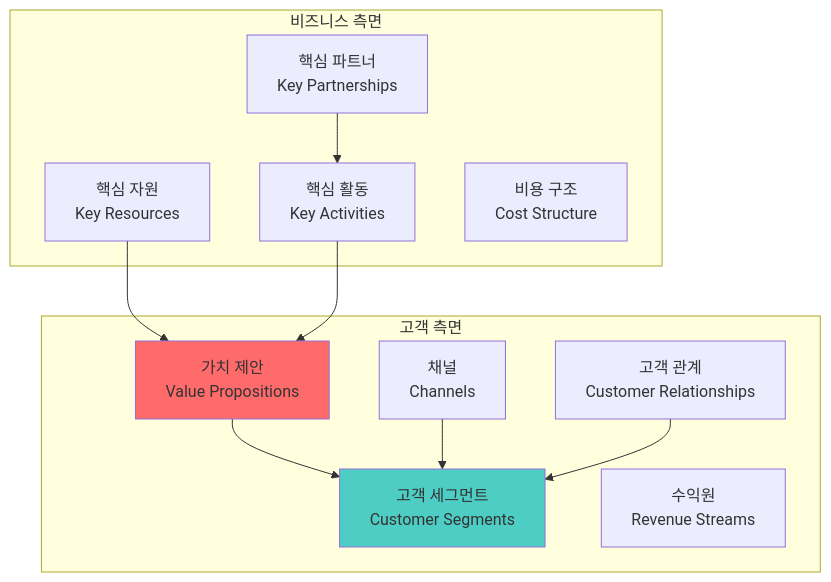
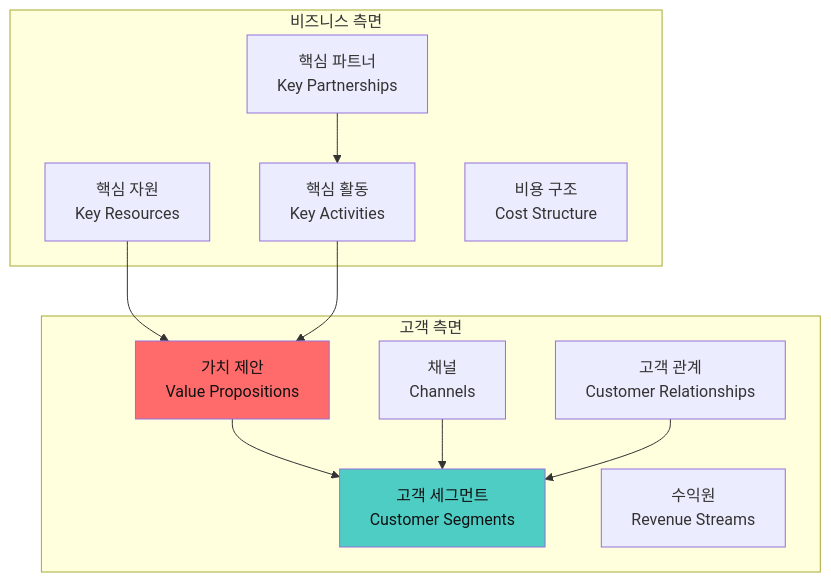
One commit to Collegenie-X/AI-Vive-Coding changed the eighth of 31 diagrams in Docs/AI교육_가상환경_비즈니스_중심_프로그램.md. Above: the diagram before and after it, drawn with Mermaid. The commit also changed other lines of this file, not shown here.

````diff
--- a/Docs/AI교육_가상환경_비즈니스_중심_프로그램.md
+++ b/Docs/AI교육_가상환경_비즈니스_중심_프로그램.md
@@ -268,27 +268,27 @@
 ```mermaid
 graph TD
     subgraph "고객 측면"
         CS[고객 세그먼트<br/>Customer Segments]
         VP[가치 제안<br/>Value Propositions]
         CH[채널<br/>Channels]
         CR[고객 관계<br/>Customer Relationships]
         RS[수익원<br/>Revenue Streams]
     end
     
     subgraph "비즈니스 측면"
         KR[핵심 자원<br/>Key Resources]
         KA[핵심 활동<br/>Key Activities]
         KP[핵심 파트너<br/>Key Partnerships]
         CS2[비용 구조<br/>Cost Structure]
     end
     
     VP --> CS
     CH --> CS
     CR --> CS
     KR --> VP
     KA --> VP
     KP --> KA
     
-    style VP fill:#ff6b6b
-    style CS fill:#4ecdc4
+    style VP fill:#ff6b6b,color:#111
+    style CS fill:#4ecdc4,color:#111
 ```
````
